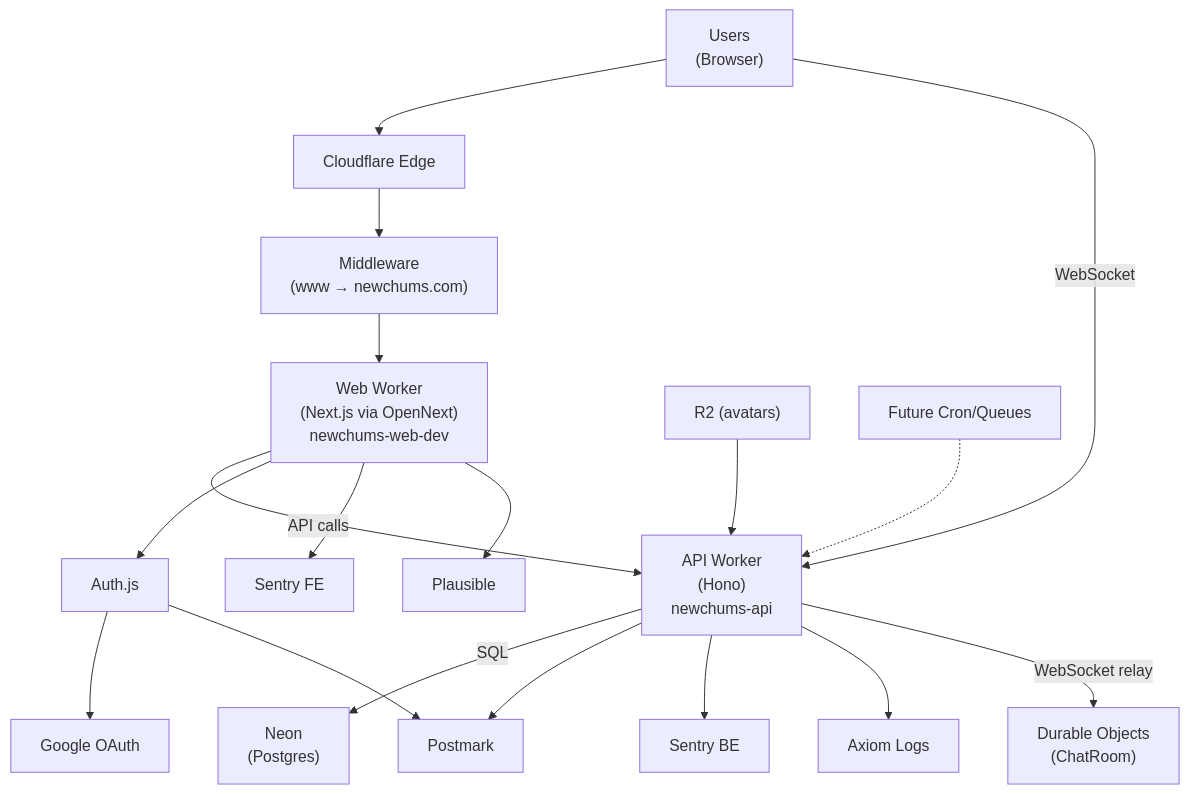
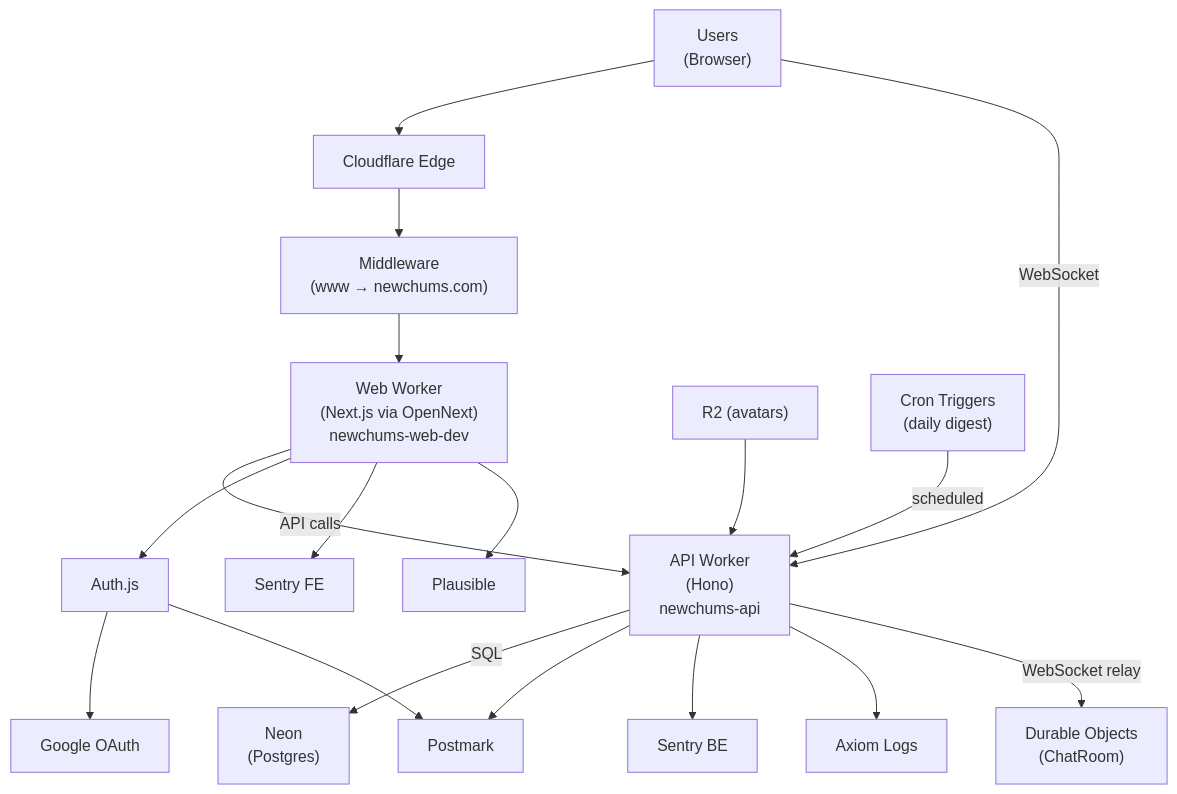
One commit to RSS705/newchums changed the fourth of 4 diagrams in docs/System_Map.md. Above: the diagram before and after it, drawn with Mermaid. The commit also changed other lines of this file and 19 other files, not shown here.

````diff
--- a/docs/System_Map.md
+++ b/docs/System_Map.md
@@ -242,25 +244,25 @@
 ```mermaid
 flowchart TB
   U["Users<br/>(Browser)"] --> CF["Cloudflare Edge"]
   CF --> MW["Middleware<br/>(www → newchums.com)"]
   MW --> W["Web Worker<br/>(Next.js via OpenNext)<br/>newchums-web-dev"]
 
   W -->|"API calls"| API["API Worker<br/>(Hono)<br/>newchums-api"]
   API -->|"SQL"| DB["Neon<br/>(Postgres)"]
 
   W --> AUTH["Auth.js"]
   AUTH --> GOOGLE["Google OAuth"]
   AUTH --> PM["Postmark"]
 
   API --> PM
 
   W --> SENTRY_FE["Sentry FE"]
   API --> SENTRY_BE["Sentry BE"]
   API --> AX["Axiom Logs"]
   W --> PLAUS["Plausible"]
 
   R2["R2 (avatars)"] --> API
   API -->|"WebSocket relay"| DO["Durable Objects<br/>(ChatRoom)"]
   U -->|"WebSocket"| API
-  CRON["Future Cron/Queues"] -.-> API
+  CRON["Cron Triggers<br/>(daily digest)"] -->|"scheduled"| API
 ```
````
